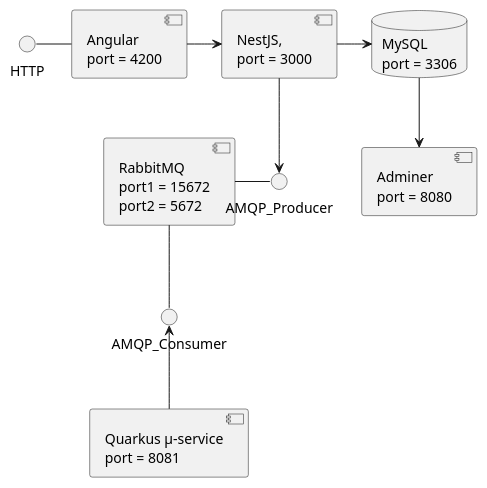
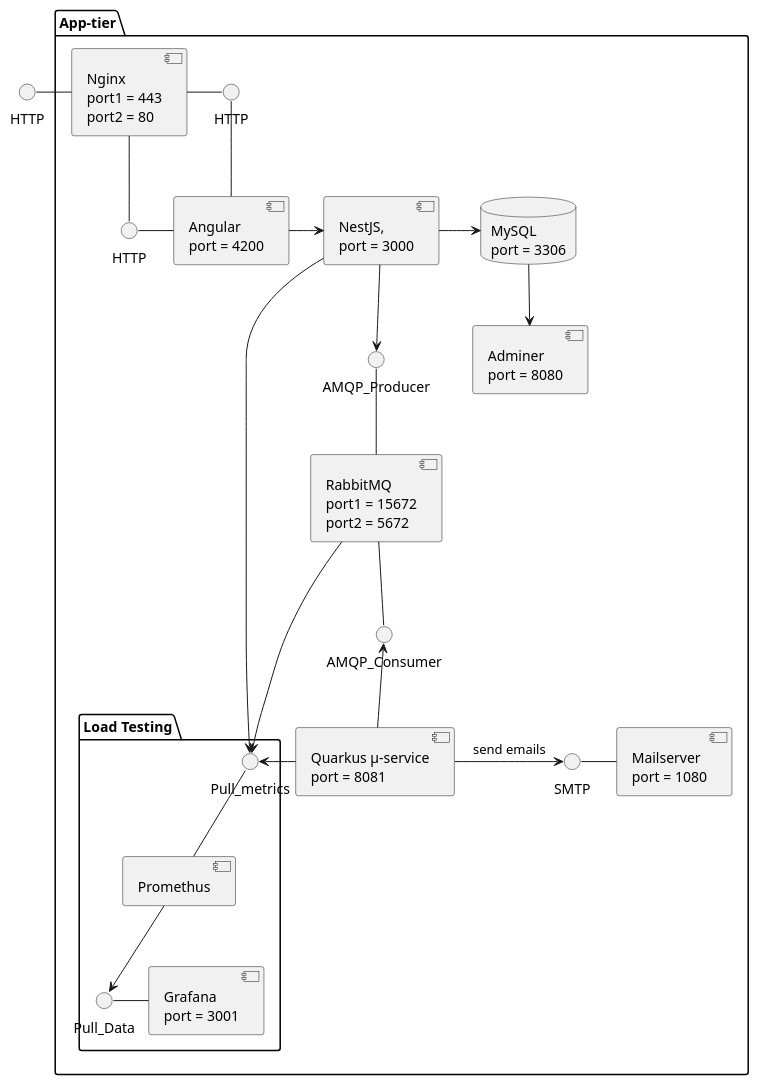
The diagram in assets/AL.puml (ghost-hikaru/Architecture_Logiciel), drawn with PlantUML before and after one commit. The commit also changed 2 other files, not shown here.

```diff
--- a/assets/AL.puml
+++ b/assets/AL.puml
@@ -1,41 +1,81 @@
 @startuml
+
+
+package "App-tier"{
 component Angular [
 Angular
 port = 4200
 ]
 component nestjs [
 NestJS, 
 port = 3000
 ]
 component rabbitmq [
 RabbitMQ
 port1 = 15672
 port2 = 5672]
 component adminer [
 Adminer
 port = 8080
 ]
 component quarkus [
 Quarkus μ-service
 port = 8081
 ]
+component mailserver[
+Mailserver
+port = 1080
+]
+component nginx[
+Nginx
+port1 = 443
+port2 = 80
+]
+package "Load Testing"{
+    component prometheus [
+        Promethus
+    ]
+
+    component grafana [
+        Grafana
+        port = 3001
+    ]
+    interface Pull_metrics as pm 
+    interface Pull_Data as pd 
+}
 
 database mysql [
 MySQL
 port = 3306
 ]
 
 interface HTTP as http
+interface HTTP as http2
 interface AMQP_Producer as amqpp
 interface AMQP_Consumer as amqpc
+interface SMTP as smtp
+}
+
+interface HTTP as http1
 
 http -right- Angular
 Angular -right-> nestjs
 nestjs -> mysql
 mysql -down-> adminer
 nestjs --> amqpp
-amqpp -left- rabbitmq
-rabbitmq -down- amqpc
+amqpp -- rabbitmq
+rabbitmq -- amqpc
 quarkus -up-> amqpc
-
+quarkus -right-> smtp : send emails
+smtp -right- mailserver
+http -left- nginx
+nginx -left- http1
+nginx -down- http2
+http2 -right- Angular
+quarkus -right-> pm
+rabbitmq --> pm 
+nestjs --> pm 
+pm -- prometheus
+prometheus --> pd 
+pd -right- grafana 
 @enduml
```
